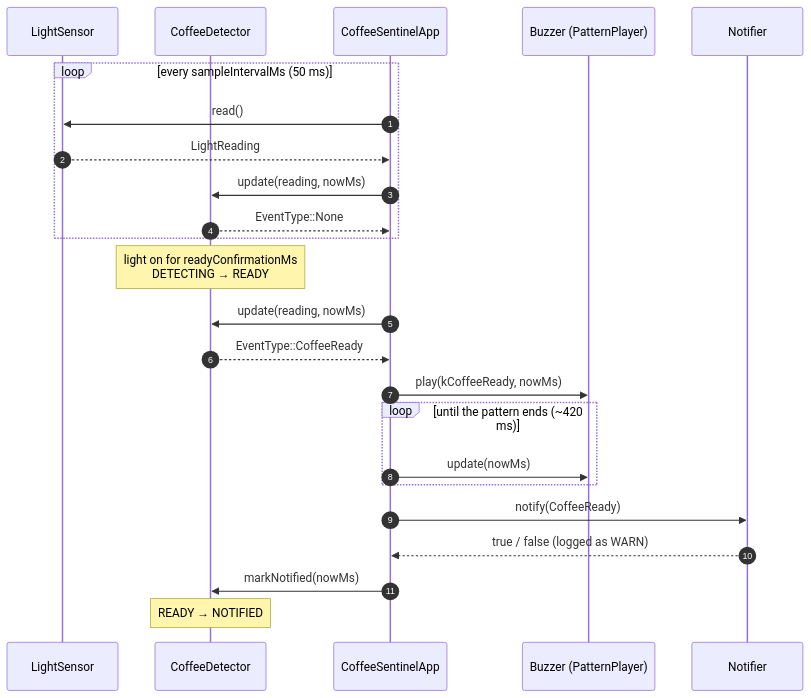
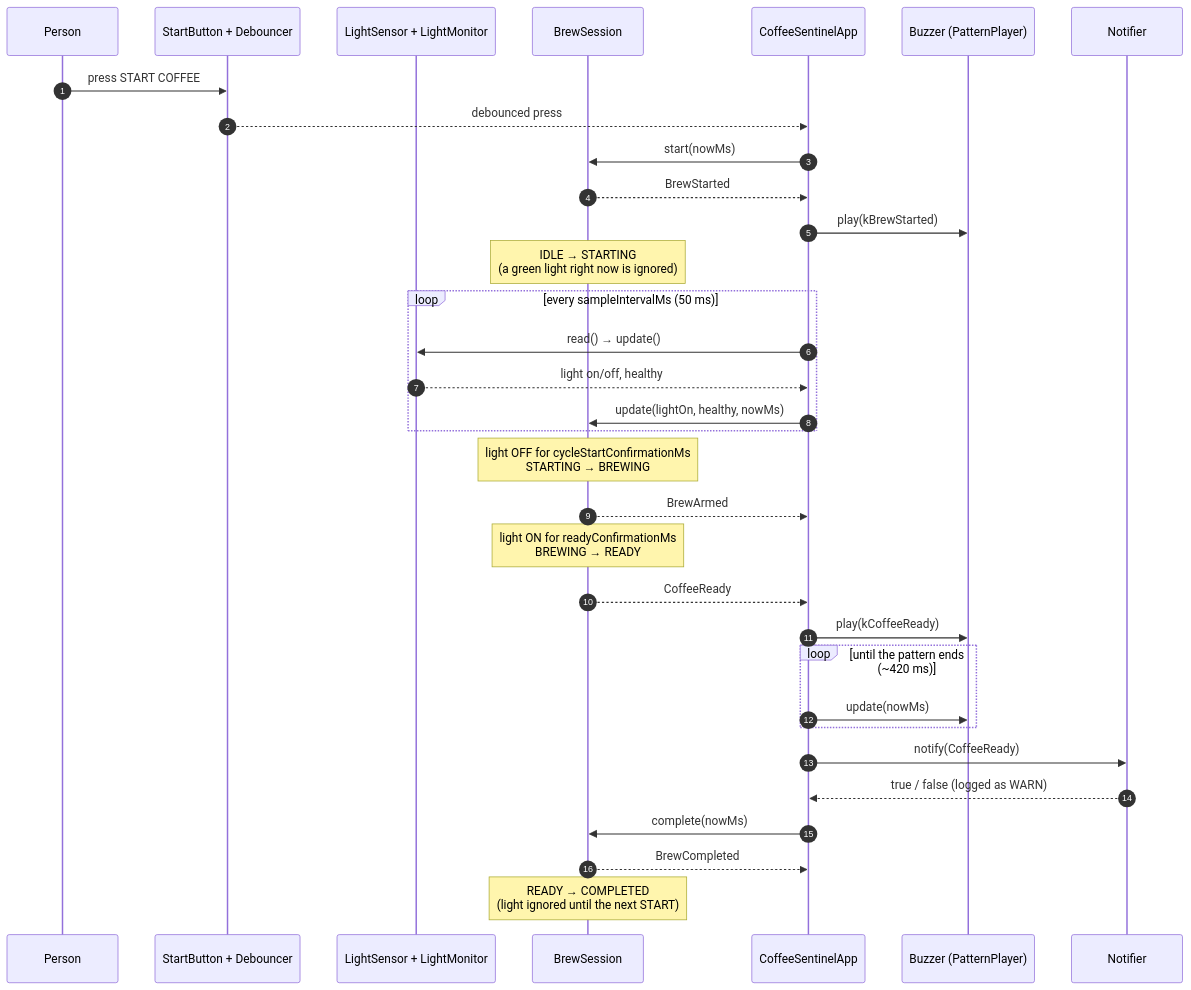
Before and after one commit to Amad3eu/coffeereadyindicator: the diagram in docs/diagrams/notification-sequence.mmd, drawn with Mermaid. The commit also changed 80 other files, not shown here.

First line of the commit message:
feat: brew sessions opened by a START button (green light alone is not coffee) (#6)

```diff
--- a/docs/diagrams/notification-sequence.mmd
+++ b/docs/diagrams/notification-sequence.mmd
@@ -1,29 +1,40 @@
-%% What happens on one coffee, from sampling to the webhook.
+%% One brew session, from the START press to the webhook.
 sequenceDiagram
     autonumber
-    participant S as LightSensor
-    participant D as CoffeeDetector
+    participant U as Person
+    participant B as StartButton + Debouncer
+    participant S as LightSensor + LightMonitor
+    participant W as BrewSession
     participant A as CoffeeSentinelApp
-    participant B as Buzzer (PatternPlayer)
+    participant Z as Buzzer (PatternPlayer)
     participant N as Notifier
 
+    U->>B: press START COFFEE
+    B-->>A: debounced press
+    A->>W: start(nowMs)
+    W-->>A: BrewStarted
+    A->>Z: play(kBrewStarted)
+    Note over W: IDLE → STARTING<br/>(a green light right now is ignored)
+
     loop every sampleIntervalMs (50 ms)
-        A->>S: read()
-        S-->>A: LightReading
-        A->>D: update(reading, nowMs)
-        D-->>A: EventType::None
+        A->>S: read() → update()
+        S-->>A: light on/off, healthy
+        A->>W: update(lightOn, healthy, nowMs)
     end
 
-    Note over D: light on for readyConfirmationMs<br/>DETECTING → READY
-    A->>D: update(reading, nowMs)
-    D-->>A: EventType::CoffeeReady
-    A->>B: play(kCoffeeReady, nowMs)
+    Note over W: light OFF for cycleStartConfirmationMs<br/>STARTING → BREWING
+    W-->>A: BrewArmed
+
+    Note over W: light ON for readyConfirmationMs<br/>BREWING → READY
+    W-->>A: CoffeeReady
+    A->>Z: play(kCoffeeReady)
 
     loop until the pattern ends (~420 ms)
-        A->>B: update(nowMs)
+        A->>Z: update(nowMs)
     end
 
     A->>N: notify(CoffeeReady)
     N-->>A: true / false (logged as WARN)
-    A->>D: markNotified(nowMs)
-    Note over D: READY → NOTIFIED
+    A->>W: complete(nowMs)
+    W-->>A: BrewCompleted
+    Note over W: READY → COMPLETED<br/>(light ignored until the next START)
```
